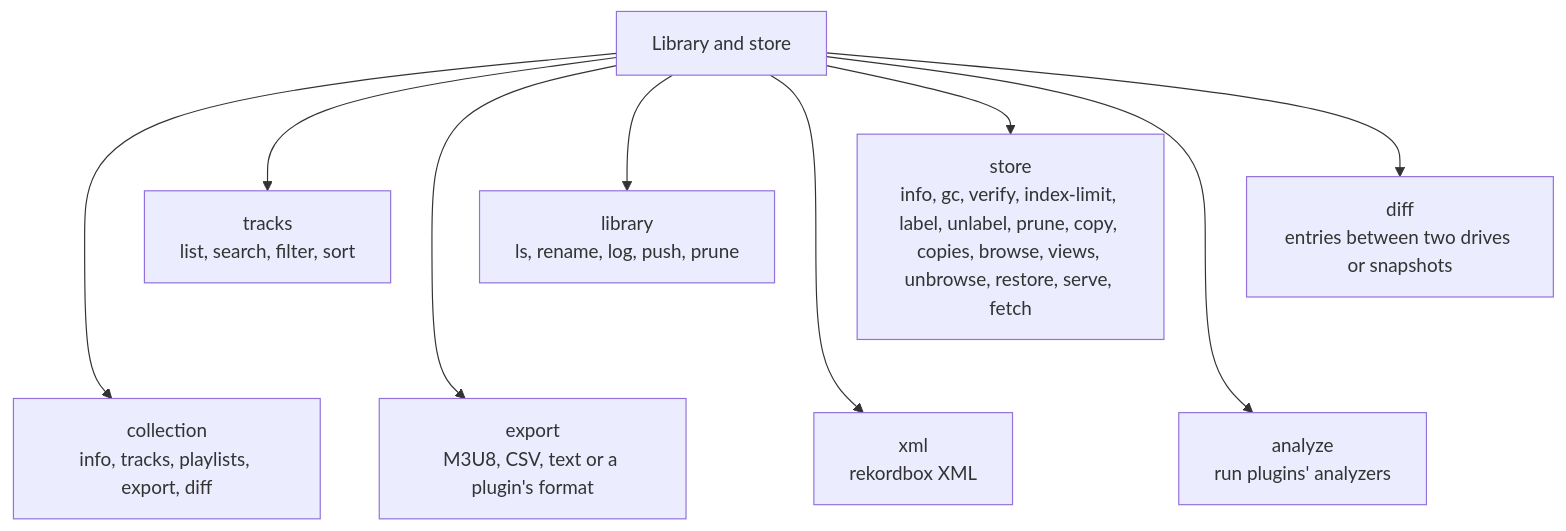
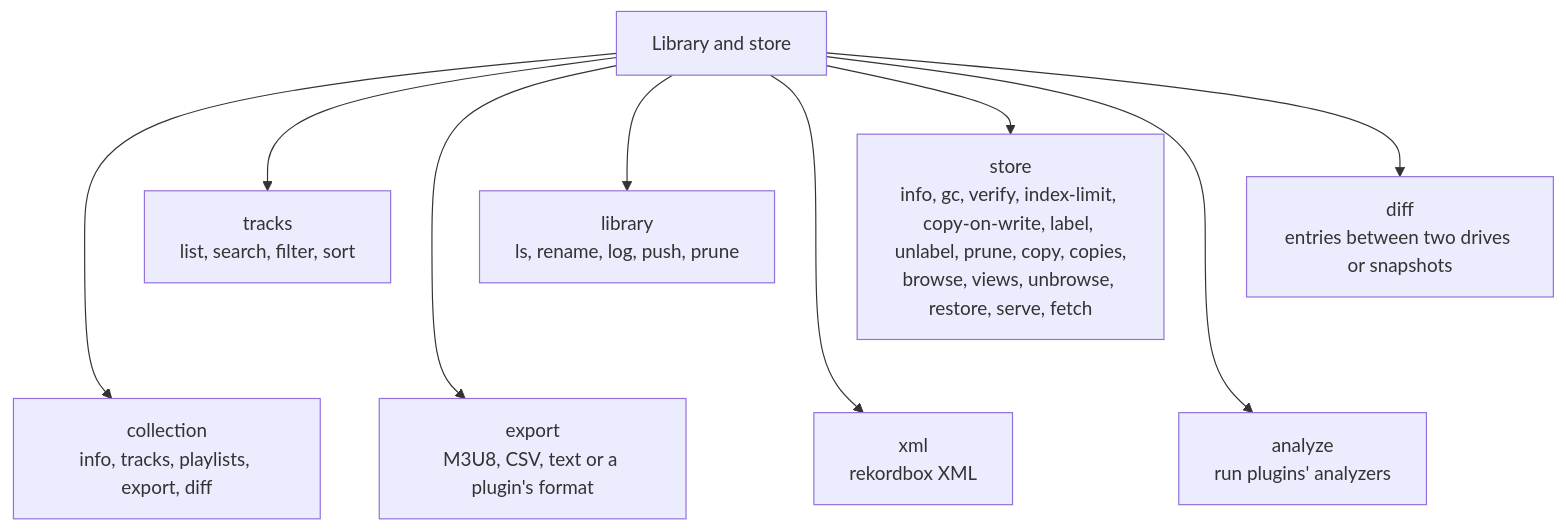
Before and after one commit to cutenode/localnetwork: the eighth of 11 diagrams in apps/locallibrary/README.md, drawn with Mermaid.

Commit message:
docs(locallibrary): list store copy-on-write in the README's store commands

````diff
--- a/apps/locallibrary/README.md
+++ b/apps/locallibrary/README.md
@@ -425,16 +425,16 @@
 ```mermaid
 flowchart TD
     hub["Library and store"]
     hub --> tracks["tracks<br/>list, search, filter, sort"]
     hub --> library["library<br/>ls, rename, log, push, prune"]
-    hub --> store["store<br/>info, gc, verify, index-limit, label, unlabel, prune, copy, copies, browse, views, unbrowse, restore, serve, fetch"]
+    hub --> store["store<br/>info, gc, verify, index-limit, copy-on-write, label, unlabel, prune, copy, copies,<br/>browse, views, unbrowse, restore, serve, fetch"]
     hub --> diff["diff<br/>entries between two drives or snapshots"]
     hub --> collection["collection<br/>info, tracks, playlists, export, diff"]
     hub --> export["export<br/>M3U8, CSV, text or a plugin's format"]
     hub --> xml["xml<br/>rekordbox XML"]
     hub --> analyze["analyze<br/>run plugins' analyzers"]
     tracks ~~~ collection
     library ~~~ export
     store ~~~ xml
     diff ~~~ analyze
 ```
````
